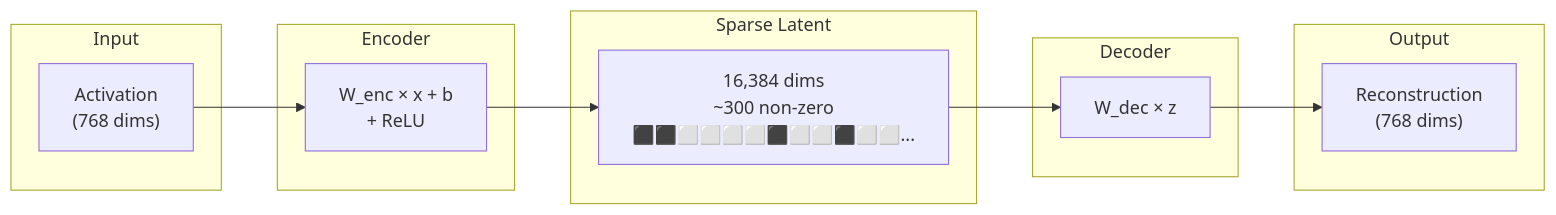
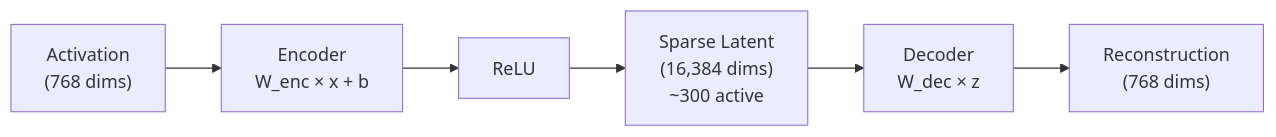
One commit to ttsugriy/mechinterp-first-principles changed the diagram in articles/09-sparse-autoencoders.qmd. Above: the diagram before and after it, drawn with Mermaid. The commit also changed other lines of this file and 7 other files, not shown here.

First line of the commit message:
Add interactive visualizations and simplified diagrams

````diff
--- a/articles/09-sparse-autoencoders.qmd
+++ b/articles/09-sparse-autoencoders.qmd
@@ -52,25 +52,10 @@
 ```{mermaid}
-%%| fig-cap: "SAE architecture: a small activation is expanded into a large sparse latent, then reconstructed. The sparse latent contains interpretable features."
+%%| fig-cap: "SAE architecture: activations are expanded to a large sparse space, then reconstructed. Most latent dimensions are zero."
+%%| fig-width: 8
 flowchart LR
-    subgraph Input
-        A["Activation<br/>(768 dims)"]
-    end
-
-    subgraph Encoder
-        E["W_enc × x + b<br/>+ ReLU"]
-    end
-
-    subgraph "Sparse Latent"
-        L["16,384 dims<br/>~300 non-zero<br/>⬛⬛⬜⬜⬜⬜⬛⬜⬜⬛⬜⬜..."]
-    end
-
-    subgraph Decoder
-        D["W_dec × z"]
-    end
-
-    subgraph Output
-        R["Reconstruction<br/>(768 dims)"]
-    end
-
-    A --> E --> L --> D --> R
+    A["Activation<br/>(768 dims)"] --> E["Encoder<br/>W_enc × x + b"]
+    E --> R["ReLU"]
+    R --> L["Sparse Latent<br/>(16,384 dims)<br/>~300 active"]
+    L --> D["Decoder<br/>W_dec × z"]
+    D --> O["Reconstruction<br/>(768 dims)"]
 ```
````
